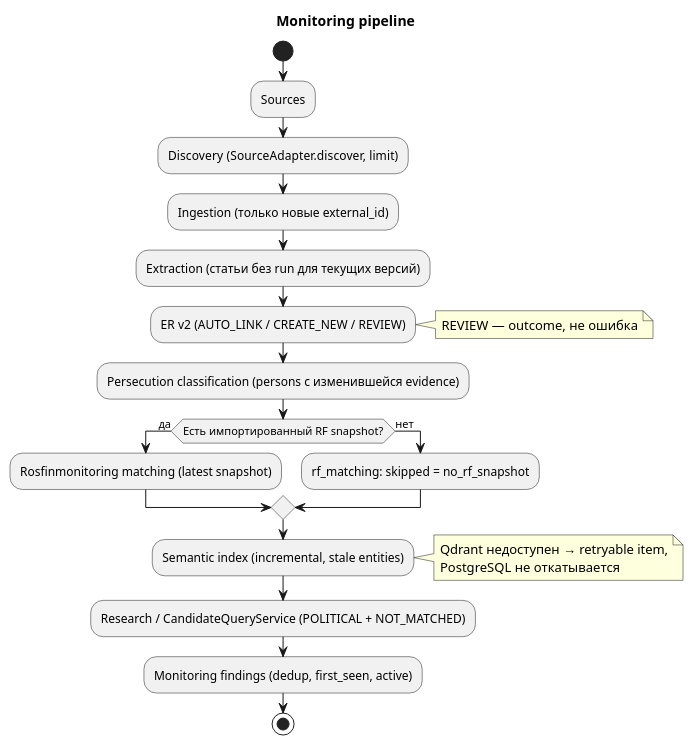
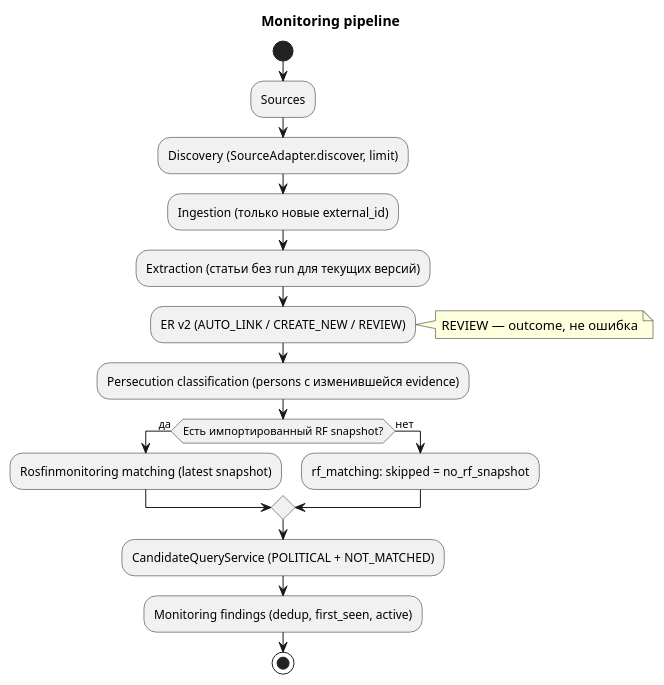
One commit to megannnn98/court-monitor changed the second of 3 diagrams in docs/wiki/Monitoring.md. Above: the diagram before and after it, drawn with PlantUML. The commit also changed other lines of this file and 33 other files, not shown here.

````diff
--- a/docs/wiki/Monitoring.md
+++ b/docs/wiki/Monitoring.md
@@ -116,24 +111,22 @@
 ```plantuml
 @startuml
 title Monitoring pipeline
 
 start
 :Sources;
 :Discovery (SourceAdapter.discover, limit);
 :Ingestion (только новые external_id);
 :Extraction (статьи без run для текущих версий);
 :ER v2 (AUTO_LINK / CREATE_NEW / REVIEW);
 note right: REVIEW — outcome, не ошибка
 :Persecution classification (persons с изменившейся evidence);
 if (Есть импортированный RF snapshot?) then (да)
   :Rosfinmonitoring matching (latest snapshot);
 else (нет)
   :rf_matching: skipped = no_rf_snapshot;
 endif
-:Semantic index (incremental, stale entities);
-note right: Qdrant недоступен → retryable item,\nPostgreSQL не откатывается
-:Research / CandidateQueryService (POLITICAL + NOT_MATCHED);
+:CandidateQueryService (POLITICAL + NOT_MATCHED);
 :Monitoring findings (dedup, first_seen, active);
 stop
 @enduml
 ```
````
